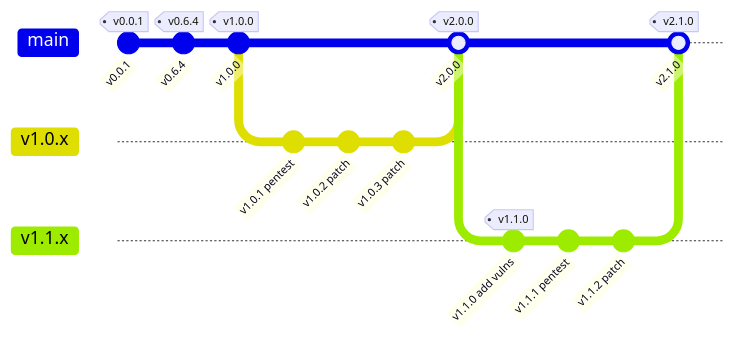
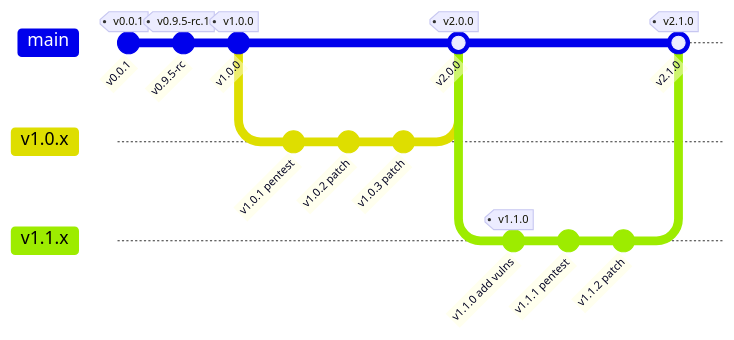
One commit to KLJr-Dev/KC-Project changed the fourth of 4 diagrams in docs/diagrams/version-timeline.md. Above: the diagram before and after it, drawn with Mermaid. The commit also changed other lines of this file and 66 other files, not shown here.

First line of the commit message:
STRATEGY-aligned roadmap reconciliation and v0.5–v1.0.0 implementation.

````diff
--- a/docs/diagrams/version-timeline.md
+++ b/docs/diagrams/version-timeline.md
@@ -204,22 +216,22 @@
 ```mermaid
 gitGraph
   commit id: "v0.0.1" tag: "v0.0.1"
-  commit id: "v0.6.4" tag: "v0.6.4"
+  commit id: "v0.9.5-rc" tag: "v0.9.5-rc.1"
   commit id: "v1.0.0" tag: "v1.0.0"
 
   branch v1.0.x
   commit id: "v1.0.1 pentest"
   commit id: "v1.0.2 patch"
   commit id: "v1.0.3 patch"
 
   checkout main
   merge v1.0.x id: "v2.0.0" tag: "v2.0.0"
 
   branch v1.1.x
   commit id: "v1.1.0 add vulns" tag: "v1.1.0"
   commit id: "v1.1.1 pentest"
   commit id: "v1.1.2 patch"
 
   checkout main
   merge v1.1.x id: "v2.1.0" tag: "v2.1.0"
 ```
````
